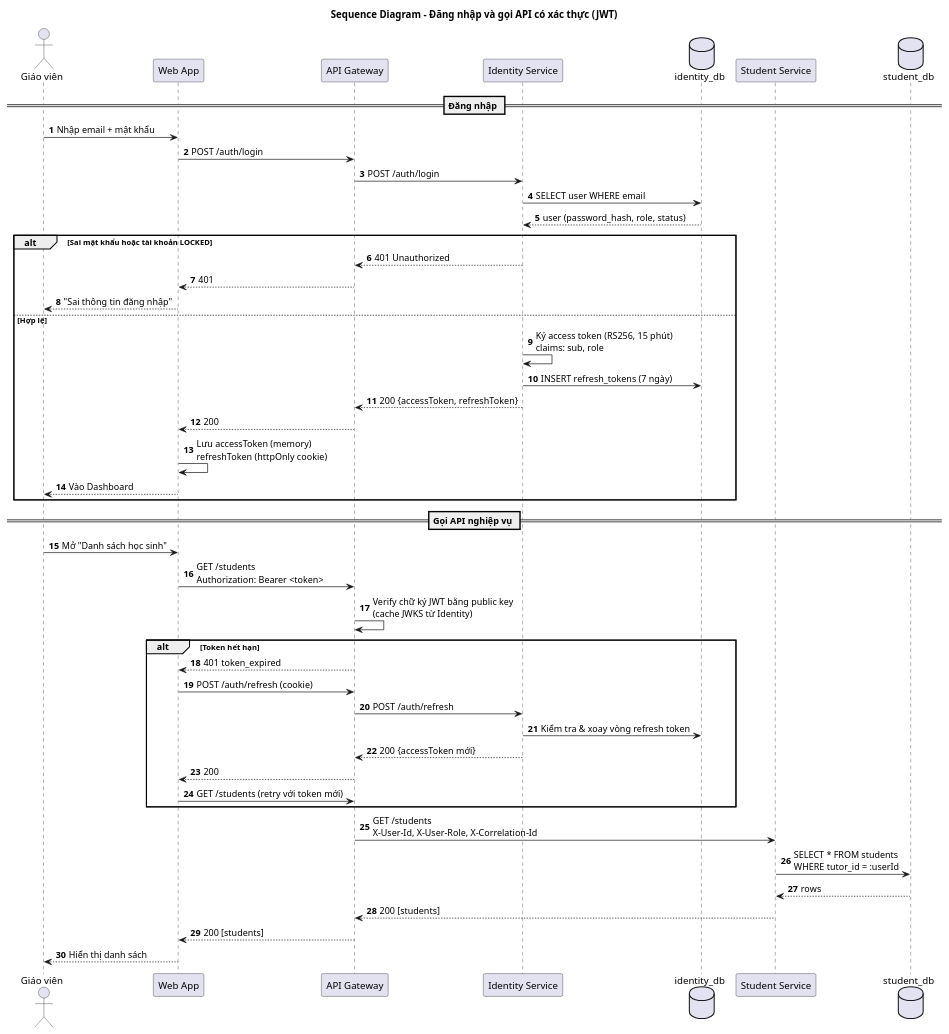
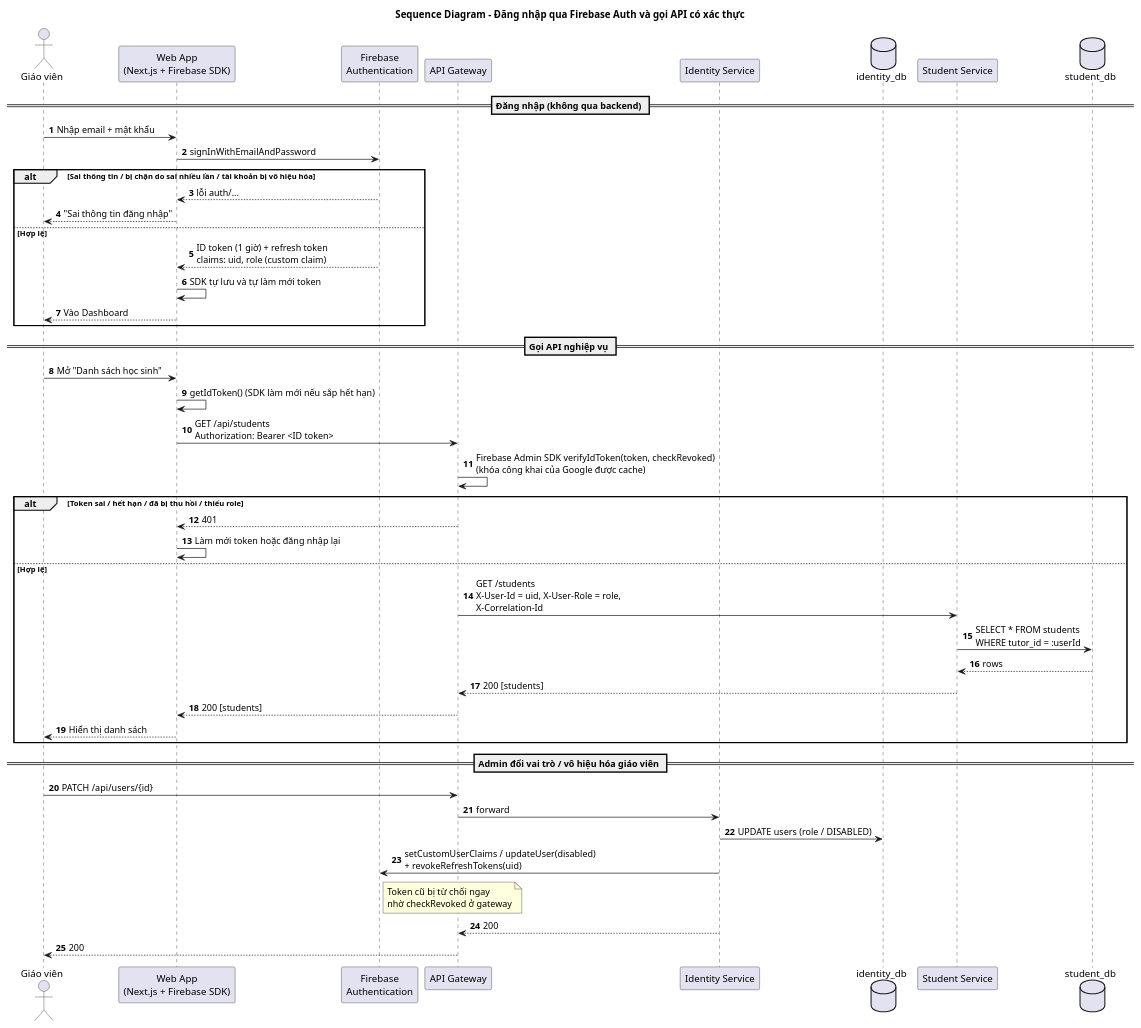
One commit to thuanbui-1203/private-tutor-management-system changed the diagram in docs/diagrams/06-sequence-login.puml. Above: the diagram before and after it, drawn with PlantUML. The commit also changed 31 other files, not shown here.

First line of the commit message:
Add Prisma 7 per service; Firebase Auth and PostgreSQL 18 decisions

```diff
--- a/docs/diagrams/06-sequence-login.puml
+++ b/docs/diagrams/06-sequence-login.puml
@@ -1,54 +1,55 @@
 @startuml 06-sequence-login
-' Sequence diagram - Đăng nhập và gọi API có xác thực
-title Sequence Diagram - Đăng nhập và gọi API có xác thực (JWT)
+' Sequence diagram - Đăng nhập (Firebase Authentication) và gọi API có xác thực
+' Liên quan: ADR-0004
+title Sequence Diagram - Đăng nhập qua Firebase Auth và gọi API có xác thực
 autonumber
 skinparam responseMessageBelowArrow true
 
 actor "Giáo viên" as U
-participant "Web App" as Web
+participant "Web App\n(Next.js + Firebase SDK)" as Web
+participant "Firebase\nAuthentication" as FB
 participant "API Gateway" as GW
 participant "Identity Service" as Id
 database "identity_db" as IdDB
 participant "Student Service" as St
 database "student_db" as StDB
 
-== Đăng nhập ==
+== Đăng nhập (không qua backend) ==
 U -> Web : Nhập email + mật khẩu
-Web -> GW : POST /auth/login
-GW -> Id : POST /auth/login
-Id -> IdDB : SELECT user WHERE email
-IdDB --> Id : user (password_hash, role, status)
-alt Sai mật khẩu hoặc tài khoản LOCKED
-  Id --> GW : 401 Unauthorized
-  GW --> Web : 401
+Web -> FB : signInWithEmailAndPassword
+alt Sai thông tin / bị chặn do sai nhiều lần / tài khoản bị vô hiệu hóa
+  FB --> Web : lỗi auth/...
   Web --> U : "Sai thông tin đăng nhập"
 else Hợp lệ
-  Id -> Id : Ký access token (RS256, 15 phút)\nclaims: sub, role
-  Id -> IdDB : INSERT refresh_tokens (7 ngày)
-  Id --> GW : 200 {accessToken, refreshToken}
-  GW --> Web : 200
-  Web -> Web : Lưu accessToken (memory)\nrefreshToken (httpOnly cookie)
+  FB --> Web : ID token (1 giờ) + refresh token\nclaims: uid, role (custom claim)
+  Web -> Web : SDK tự lưu và tự làm mới token
   Web --> U : Vào Dashboard
 end
 
 == Gọi API nghiệp vụ ==
 U -> Web : Mở "Danh sách học sinh"
-Web -> GW : GET /students\nAuthorization: Bearer <token>
-GW -> GW : Verify chữ ký JWT bằng public key\n(cache JWKS từ Identity)
-alt Token hết hạn
-  GW --> Web : 401 token_expired
-  Web -> GW : POST /auth/refresh (cookie)
-  GW -> Id : POST /auth/refresh
-  Id -> IdDB : Kiểm tra & xoay vòng refresh token
-  Id --> GW : 200 {accessToken mới}
-  GW --> Web : 200
-  Web -> GW : GET /students (retry với token mới)
+Web -> Web : getIdToken() (SDK làm mới nếu sắp hết hạn)
+Web -> GW : GET /api/students\nAuthorization: Bearer <ID token>
+GW -> GW : Firebase Admin SDK verifyIdToken(token, checkRevoked)\n(khóa công khai của Google được cache)
+alt Token sai / hết hạn / đã bị thu hồi / thiếu role
+  GW --> Web : 401
+  Web -> Web : Làm mới token hoặc đăng nhập lại
+else Hợp lệ
+  GW -> St : GET /students\nX-User-Id = uid, X-User-Role = role,\nX-Correlation-Id
+  St -> StDB : SELECT * FROM students\nWHERE tutor_id = :userId
+  StDB --> St : rows
+  St --> GW : 200 [students]
+  GW --> Web : 200 [students]
+  Web --> U : Hiển thị danh sách
 end
-GW -> St : GET /students\nX-User-Id, X-User-Role, X-Correlation-Id
-St -> StDB : SELECT * FROM students\nWHERE tutor_id = :userId
-StDB --> St : rows
-St --> GW : 200 [students]
-GW --> Web : 200 [students]
-Web --> U : Hiển thị danh sách
+
+== Admin đổi vai trò / vô hiệu hóa giáo viên ==
+U -> GW : PATCH /api/users/{id}
+GW -> Id : forward
+Id -> IdDB : UPDATE users (role / DISABLED)
+Id -> FB : setCustomUserClaims / updateUser(disabled)\n+ revokeRefreshTokens(uid)
+note right of FB : Token cũ bị từ chối ngay\nnhờ checkRevoked ở gateway
+Id --> GW : 200
+GW --> U : 200
 
 @enduml
```
